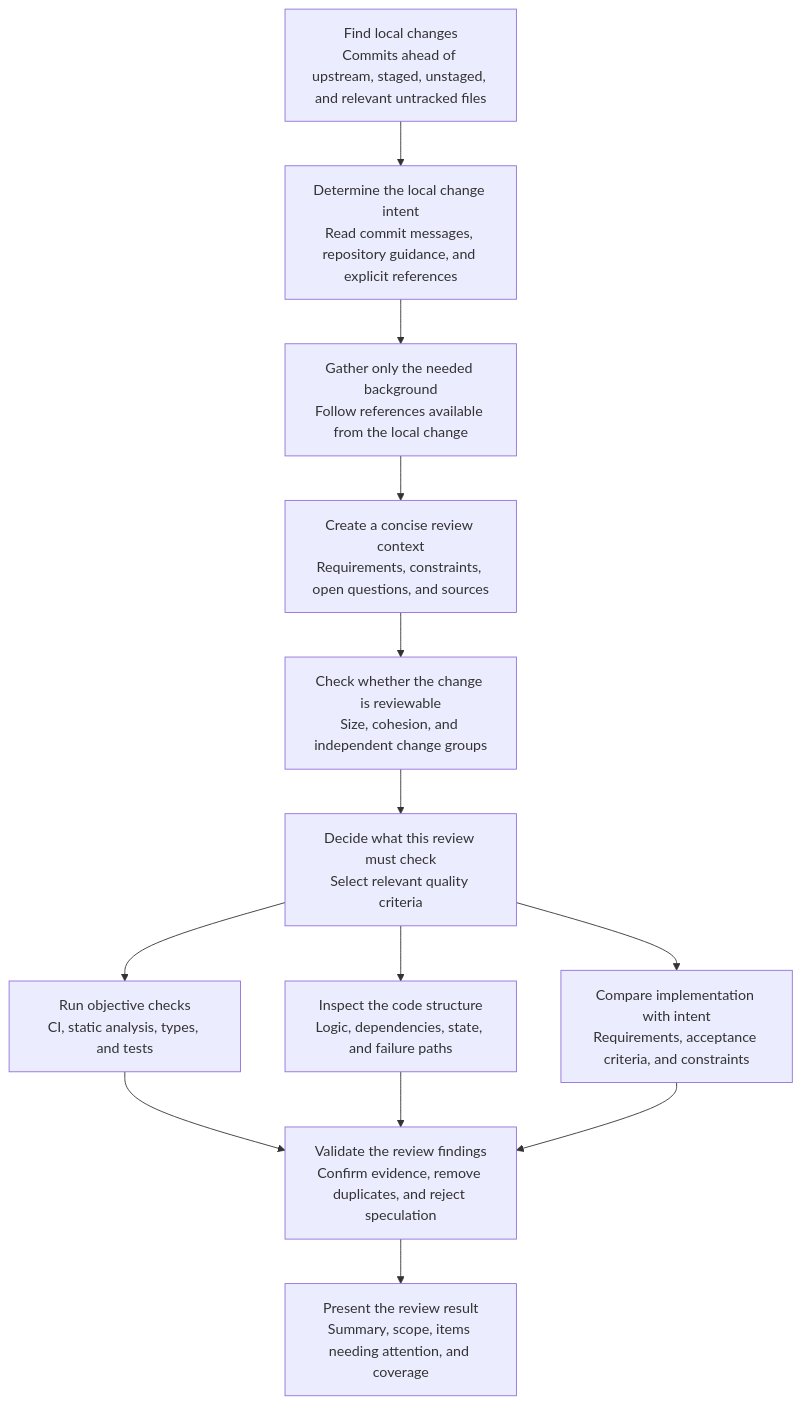
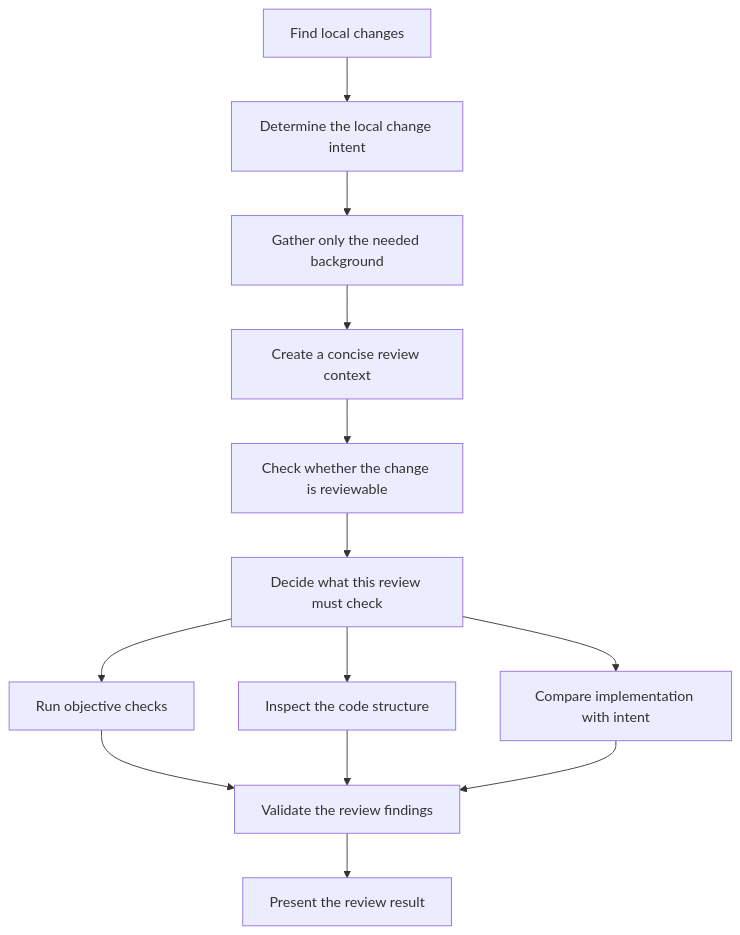
One commit to takuto-san/review changed the first of 2 diagrams in README.md. Above: the diagram before and after it, drawn with Mermaid. The commit also changed other lines of this file and 2 other files, not shown here.

Commit message:
docs: simplify review workflow diagrams

````diff
--- a/README.md
+++ b/README.md
@@ -27,17 +26,17 @@
 ```mermaid
 flowchart TD
-    A[Find local changes<br/>Commits ahead of upstream, staged, unstaged, and relevant untracked files] --> B[Determine the local change intent<br/>Read commit messages, repository guidance, and explicit references]
-    B --> C[Gather only the needed background<br/>Follow references available from the local change]
-    C --> D[Create a concise review context<br/>Requirements, constraints, open questions, and sources]
-    D --> E[Check whether the change is reviewable<br/>Size, cohesion, and independent change groups]
-    E --> F[Decide what this review must check<br/>Select relevant quality criteria]
+    A[Find local changes] --> B[Determine the local change intent]
+    B --> C[Gather only the needed background]
+    C --> D[Create a concise review context]
+    D --> E[Check whether the change is reviewable]
+    E --> F[Decide what this review must check]
 
-    F --> G1[Run objective checks<br/>CI, static analysis, types, and tests]
-    F --> G2[Inspect the code structure<br/>Logic, dependencies, state, and failure paths]
-    F --> G3[Compare implementation with intent<br/>Requirements, acceptance criteria, and constraints]
+    F --> G1[Run objective checks]
+    F --> G2[Inspect the code structure]
+    F --> G3[Compare implementation with intent]
 
-    G1 --> H[Validate the review findings<br/>Confirm evidence, remove duplicates, and reject speculation]
+    G1 --> H[Validate the review findings]
     G2 --> H
     G3 --> H
-    H --> I[Present the review result<br/>Summary, scope, items needing attention, and coverage]
+    H --> I[Present the review result]
 ```
````
